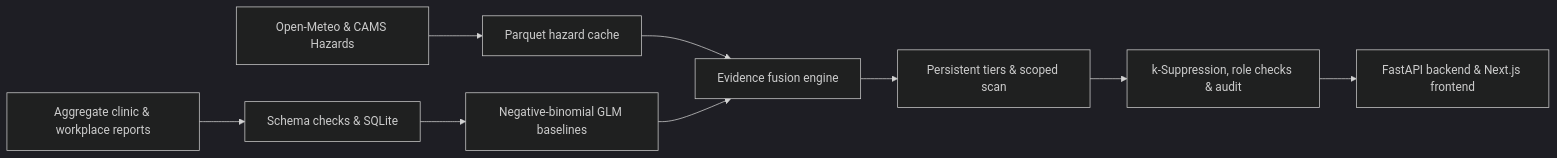
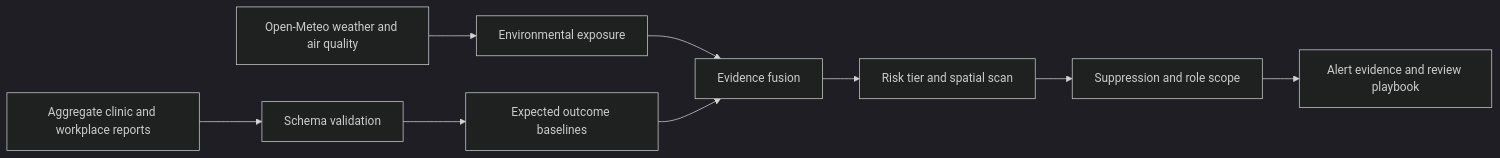
The diagram in README.md (satiricalguru/Canary), drawn with Mermaid (dark theme) before and after one commit. The commit also changed other lines of this file and 523 other files, not shown here.

````diff
--- a/README.md
+++ b/README.md
@@ -168,11 +131,11 @@
 ```mermaid
 flowchart LR
-  A["Aggregate clinic & workplace reports"] --> B["Schema checks & SQLite"]
-  C["Open-Meteo & CAMS Hazards"] --> D["Parquet hazard cache"]
-  B --> E["Negative-binomial GLM baselines"]
-  D --> F["Evidence fusion engine"]
+  A["Aggregate clinic and workplace reports"] --> B["Schema validation"]
+  C["Open-Meteo weather and air quality"] --> D["Environmental exposure"]
+  B --> E["Expected outcome baselines"]
+  D --> F["Evidence fusion"]
   E --> F
-  F --> G["Persistent tiers & scoped scan"]
-  G --> H["k-Suppression, role checks & audit"]
-  H --> I["FastAPI backend & Next.js frontend"]
+  F --> G["Risk tier and spatial scan"]
+  G --> H["Suppression and role scope"]
+  H --> I["Alert evidence and review playbook"]
 ```
````
